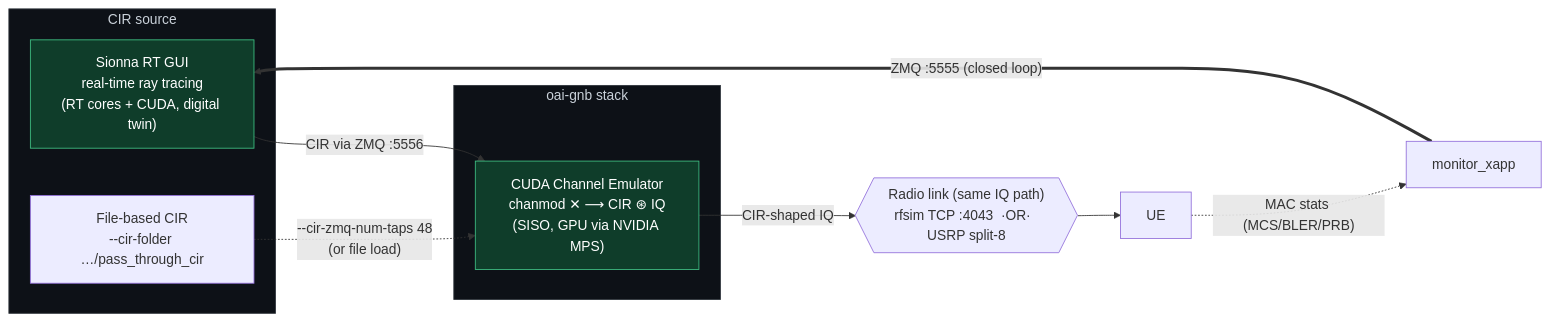
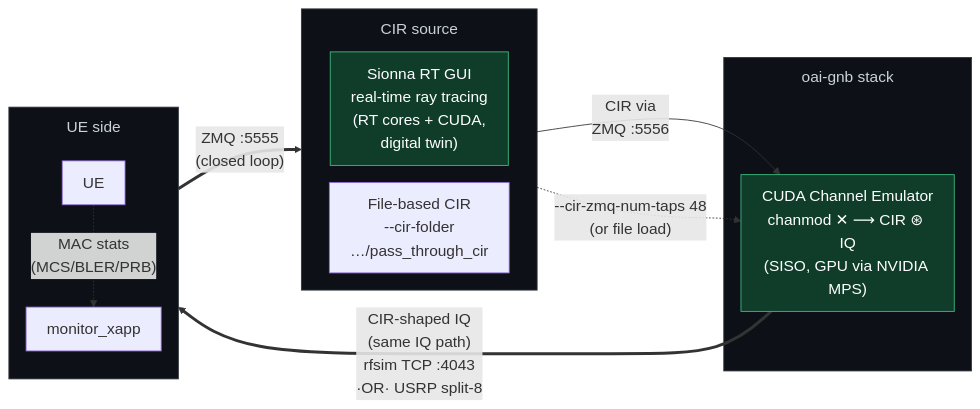
Before and after one commit to ainl-kaist/ainl-sionna-rk: the fifth of 5 diagrams in doc/rfsim_vs_b200.md, drawn with Mermaid. The commit also changed other lines of this file, not shown here.

Commit message:
Document handover mode in rfsim comparison

````diff
--- a/doc/rfsim_vs_b200.md
+++ b/doc/rfsim_vs_b200.md
@@ -88,27 +189,31 @@
 ```mermaid
+%%{init: {"flowchart": {"nodeSpacing": 20, "rankSpacing": 40, "padding": 12, "subGraphTitleMargin": {"top": 10, "bottom": 20}}, "themeVariables": {"fontSize": "18px"}}}%%
 flowchart LR
     subgraph SRC["CIR source"]
-        GUI["Sionna RT GUI<br/>real-time ray tracing<br/>(RT cores + CUDA, digital twin)"]
-        FILE["File-based CIR<br/>--cir-folder …/pass_through_cir"]
+        direction LR
+        GUI["Sionna RT GUI<br/>real-time ray tracing<br/>(RT cores + CUDA,<br/>digital twin)"]
+        FILE["File-based CIR<br/>--cir-folder<br/>…/pass_through_cir"]
     end
 
     subgraph GNB["oai-gnb stack"]
         EMU["CUDA Channel Emulator<br/>chanmod ✕ ⟶ CIR ⊛ IQ<br/>(SISO, GPU via NVIDIA MPS)"]
     end
 
-    LINK{{"Radio link (same IQ path)<br/>rfsim TCP :4043  ·OR·  USRP split-8"}}
-    UE["UE"]
-    XAPP["monitor_xapp"]
+    subgraph SINK["UE side"]
+        direction TB
+        UE["UE"]
+        XAPP["monitor_xapp"]
+        UE -. "MAC stats<br/>(MCS/BLER/PRB)" .-> XAPP
+    end
 
-    GUI -- "CIR via ZMQ :5556" --> EMU
+    GUI -- "CIR via<br/>ZMQ :5556" --> EMU
     FILE -. "--cir-zmq-num-taps 48<br/>(or file load)" .-> EMU
-    EMU -- "CIR-shaped IQ" --> LINK --> UE
-
-    UE -. "MAC stats (MCS/BLER/PRB)" .-> XAPP
-    XAPP == "ZMQ :5555 (closed loop)" ==> GUI
+    EMU == "CIR-shaped IQ<br/>(same IQ path)<br/>rfsim TCP :4043<br/>·OR· USRP split-8" ==> UE
+    XAPP == "ZMQ :5555<br/>(closed loop)" ==> GUI
 
     style EMU fill:#0f3d2a,stroke:#3fbf83,color:#fff
     style GUI fill:#0f3d2a,stroke:#3fbf83,color:#fff
     style GNB fill:#0d1117,stroke:#30363d,color:#c9d1d9
     style SRC fill:#0d1117,stroke:#30363d,color:#c9d1d9
+    style SINK fill:#0d1117,stroke:#30363d,color:#c9d1d9
 ```
````
